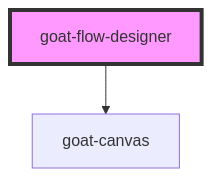
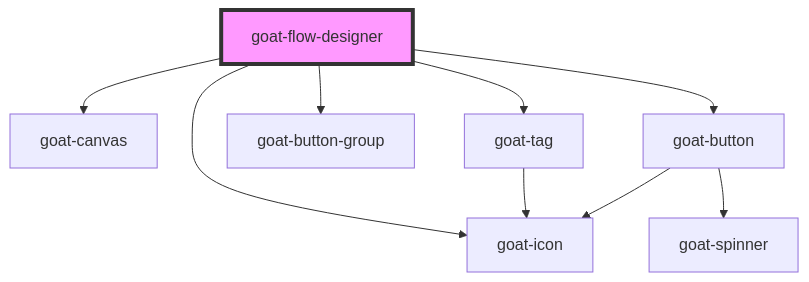
Before and after one commit to goatui/components: the diagram in src/components/flow-designer/flow-designer/readme.md, drawn with Mermaid. The commit also changed other lines of this file and 40 other files, not shown here.

Commit message:
flow designer initial commit

````diff
--- a/src/components/flow-designer/flow-designer/readme.md
+++ b/src/components/flow-designer/flow-designer/readme.md
@@ -24,5 +28,12 @@
 ```mermaid
 graph TD;
   goat-flow-designer --> goat-canvas
+  goat-flow-designer --> goat-icon
+  goat-flow-designer --> goat-tag
+  goat-flow-designer --> goat-button-group
+  goat-flow-designer --> goat-button
+  goat-tag --> goat-icon
+  goat-button --> goat-icon
+  goat-button --> goat-spinner
   style goat-flow-designer fill:#f9f,stroke:#333,stroke-width:4px
 ```
````
